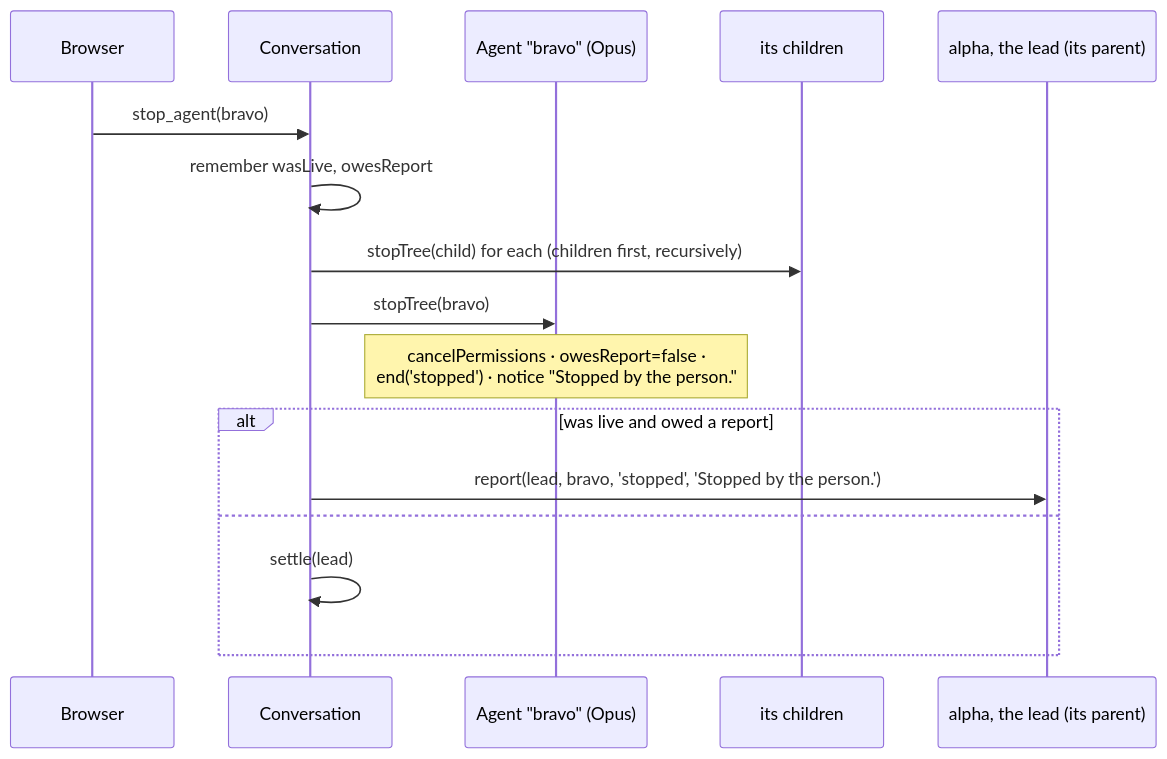
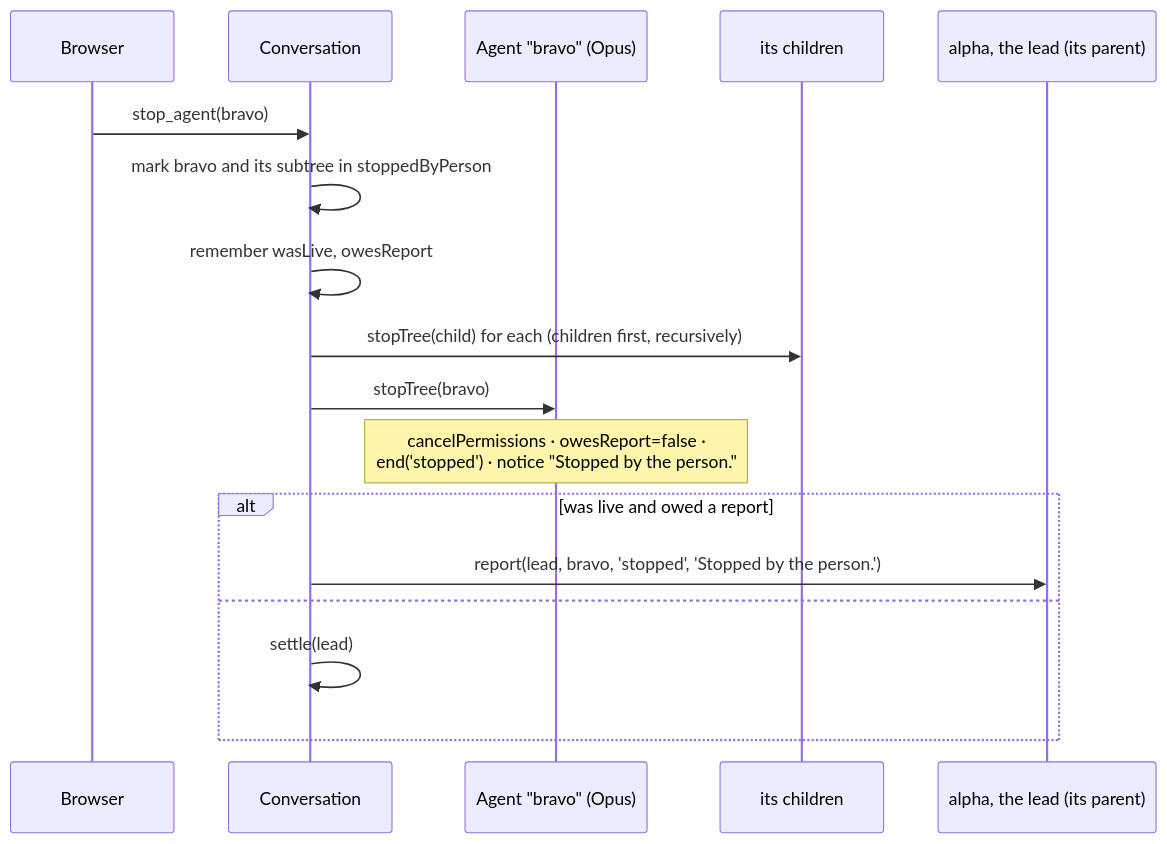
Before and after one commit to Luxorium/masthead: the diagram in docs/wiki/Walkthrough-Stopping-an-Agent.md, drawn with Mermaid. The commit also changed other lines of this file and 71 other files, not shown here.

````diff
--- a/docs/wiki/Walkthrough-Stopping-an-Agent.md
+++ b/docs/wiki/Walkthrough-Stopping-an-Agent.md
@@ -9,18 +9,19 @@
 ```mermaid
 sequenceDiagram
   participant B as Browser
   participant C as Conversation
   participant X as Agent "bravo" (Opus)
   participant K as its children
   participant L as alpha, the lead (its parent)
   B->>C: stop_agent(bravo)
+  C->>C: mark bravo and its subtree in stoppedByPerson
   C->>C: remember wasLive, owesReport
   C->>K: stopTree(child) for each (children first, recursively)
   C->>X: stopTree(bravo)
   Note over X: cancelPermissions · owesReport=false ·<br/>end('stopped') · notice "Stopped by the person."
   alt was live and owed a report
     C->>L: report(lead, bravo, 'stopped', 'Stopped by the person.')
   else
     C->>C: settle(lead)
   end
 ```
````
